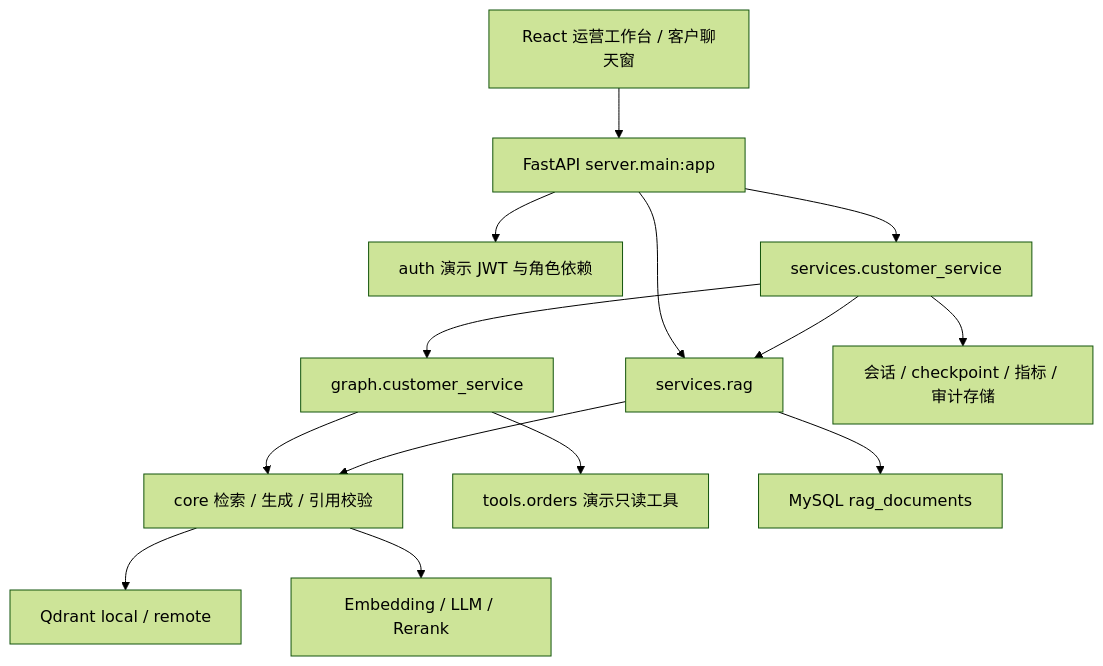
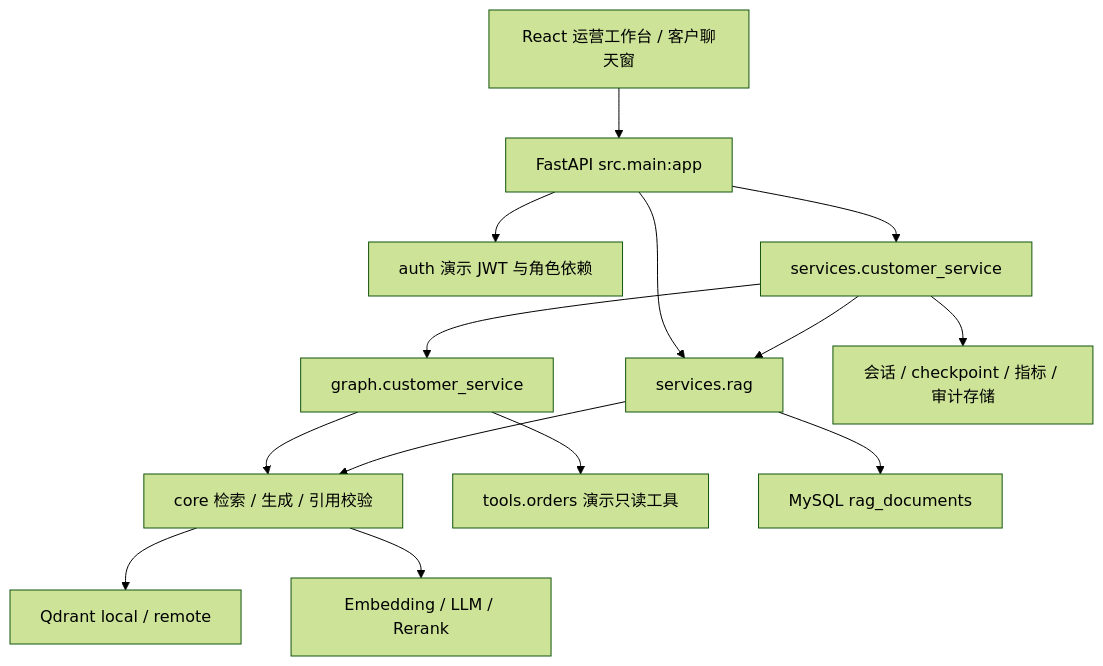
The diagram in docs/architecture.md (Zenquan/ai-customer-service), drawn with Mermaid (forest theme) before and after one commit. The commit also changed other lines of this file and 154 other files, not shown here.

````diff
--- a/docs/architecture.md
+++ b/docs/architecture.md
@@ -7,16 +7,16 @@
 ```mermaid
 flowchart TD
-    UI[React 运营工作台 / 客户聊天窗] --> API[FastAPI server.main:app]
+    UI[React 运营工作台 / 客户聊天窗] --> API[FastAPI src.main:app]
     API --> AUTH[auth 演示 JWT 与角色依赖]
     API --> CS[services.customer_service]
     API --> RAG[services.rag]
     CS --> GRAPH[graph.customer_service]
     CS --> RAG
     GRAPH --> CORE[core 检索 / 生成 / 引用校验]
     GRAPH --> TOOL[tools.orders 演示只读工具]
     RAG --> CORE
     CORE --> QD[Qdrant local / remote]
     CORE --> MODEL[Embedding / LLM / Rerank]
     CS --> STORE[会话 / checkpoint / 指标 / 审计存储]
     RAG --> DOC[MySQL rag_documents]
 ```
````
